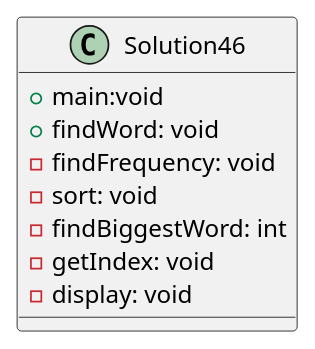
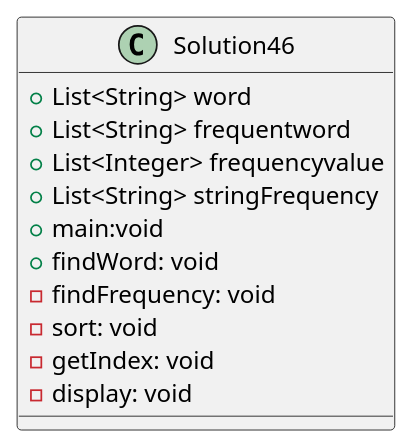
The diagram in exercise46/docs/diagram.puml (mathdude3482/Jaro-a04), drawn with PlantUML before and after one commit. The commit also changed 3 other files, not shown here.

```diff
--- a/exercise46/docs/diagram.puml
+++ b/exercise46/docs/diagram.puml
@@ -1,11 +1,14 @@
 @startuml
 class Solution46{
++List<String> word
++List<String> frequentword
++List<Integer> frequencyvalue
++List<String> stringFrequency
 + main:void
 + findWord: void
 - findFrequency: void
 - sort: void
-- findBiggestWord: int
 - getIndex: void
 - display: void
 }
 @enduml
```
